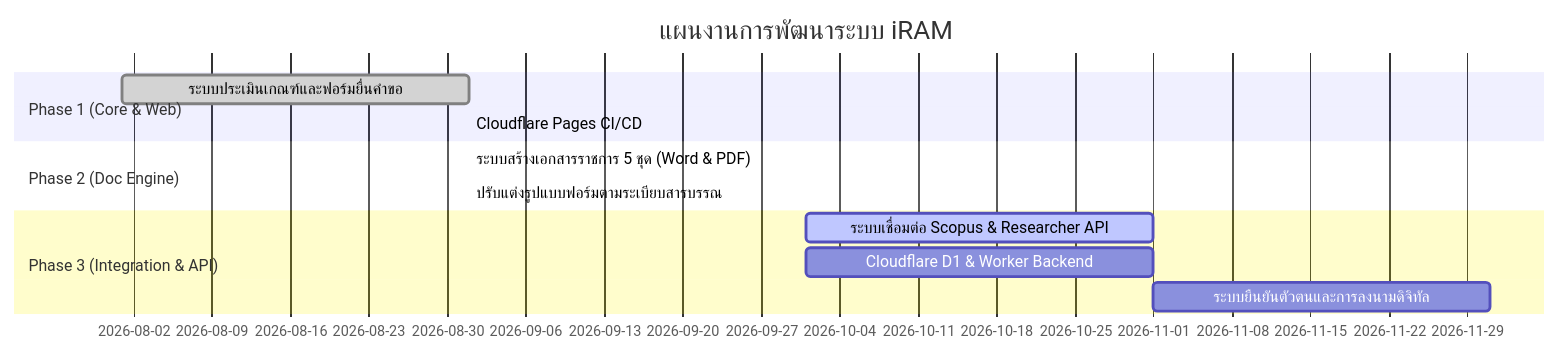
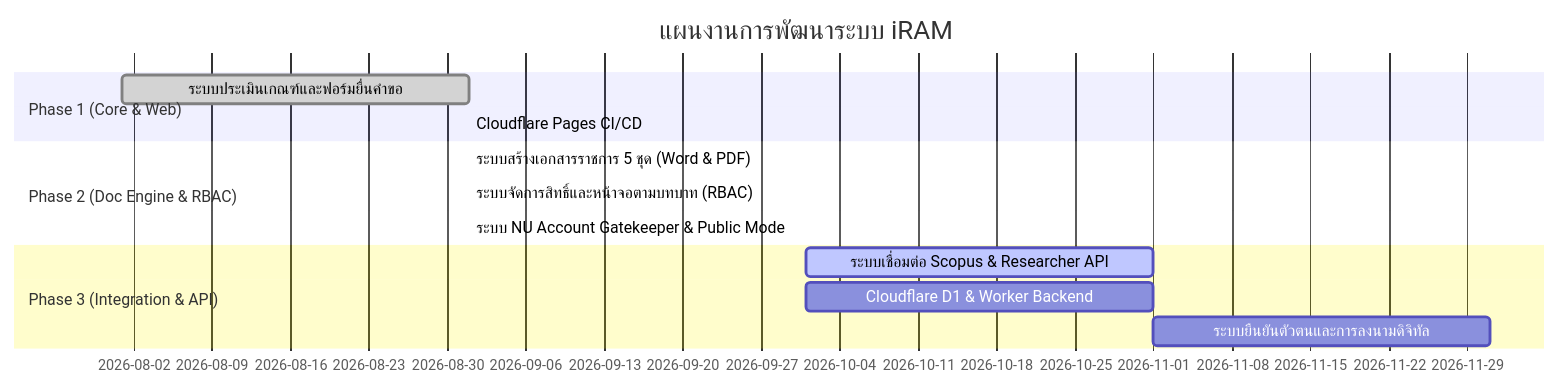
One commit to SolarXtr/iram-reward-system changed the diagram in ROADMAP.md. Above: the diagram before and after it, drawn with Mermaid. The commit also changed other lines of this file and 6 other files, not shown here.

Commit message:
feat: implement NU Account gatekeeper and public vs private dashboard v1.2.0

````diff
--- a/ROADMAP.md
+++ b/ROADMAP.md
@@ -9,15 +9,16 @@
 ```mermaid
 gantt
     title แผนงานการพัฒนาระบบ iRAM
     dateFormat  YYYY-MM
     section Phase 1 (Core & Web)
     ระบบประเมินเกณฑ์และฟอร์มยื่นคำขอ   :done, 2026-08, 2026-09
     Cloudflare Pages CI/CD             :done, 2026-09, 2026-09
-    section Phase 2 (Doc Engine)
+    section Phase 2 (Doc Engine & RBAC)
     ระบบสร้างเอกสารราชการ 5 ชุด (Word & PDF) :done, 2026-09, 2026-09
-    ปรับแต่งรูปแบบฟอร์มตามระเบียบสารบรรณ    :done, 2026-09, 2026-09
+    ระบบจัดการสิทธิ์และหน้าจอตามบทบาท (RBAC)  :done, 2026-09, 2026-09
+    ระบบ NU Account Gatekeeper & Public Mode :done, 2026-09, 2026-09
     section Phase 3 (Integration & API)
     ระบบเชื่อมต่อ Scopus & Researcher API :active, 2026-10, 2026-11
     Cloudflare D1 & Worker Backend      :2026-10, 2026-11
     ระบบยืนยันตัวตนและการลงนามดิจิทัล      :2026-11, 2026-12
 ```
````
